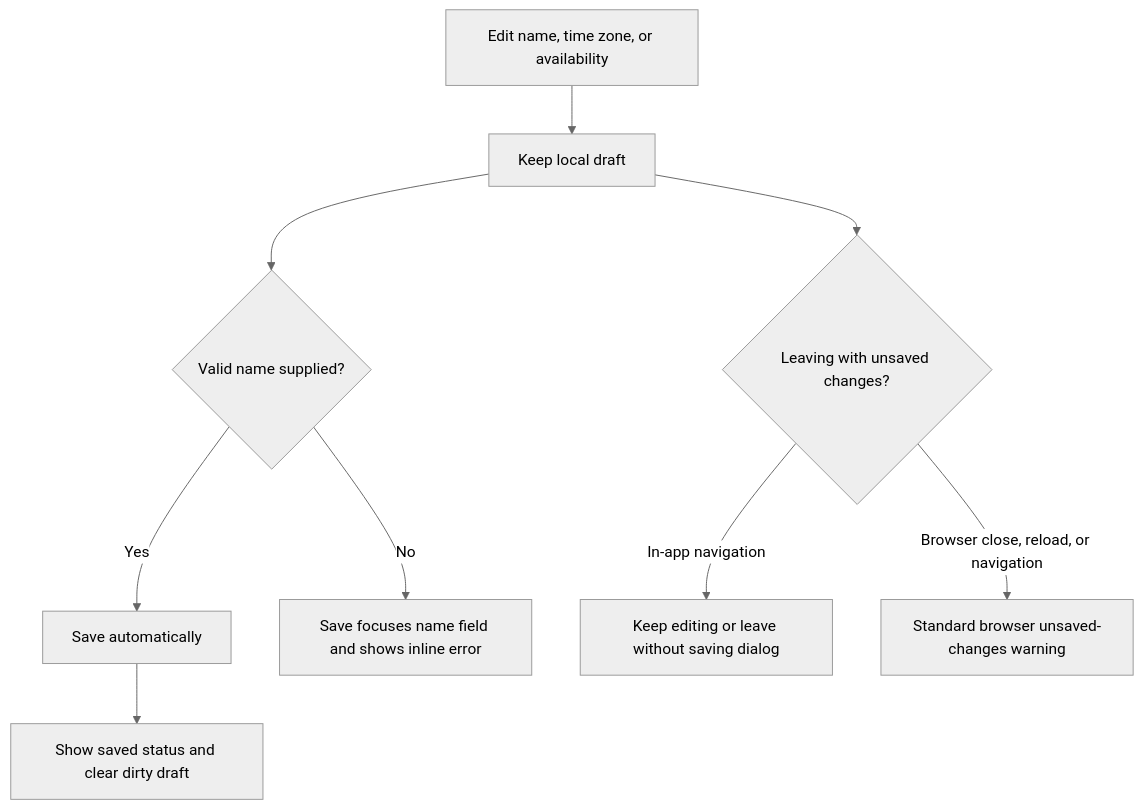
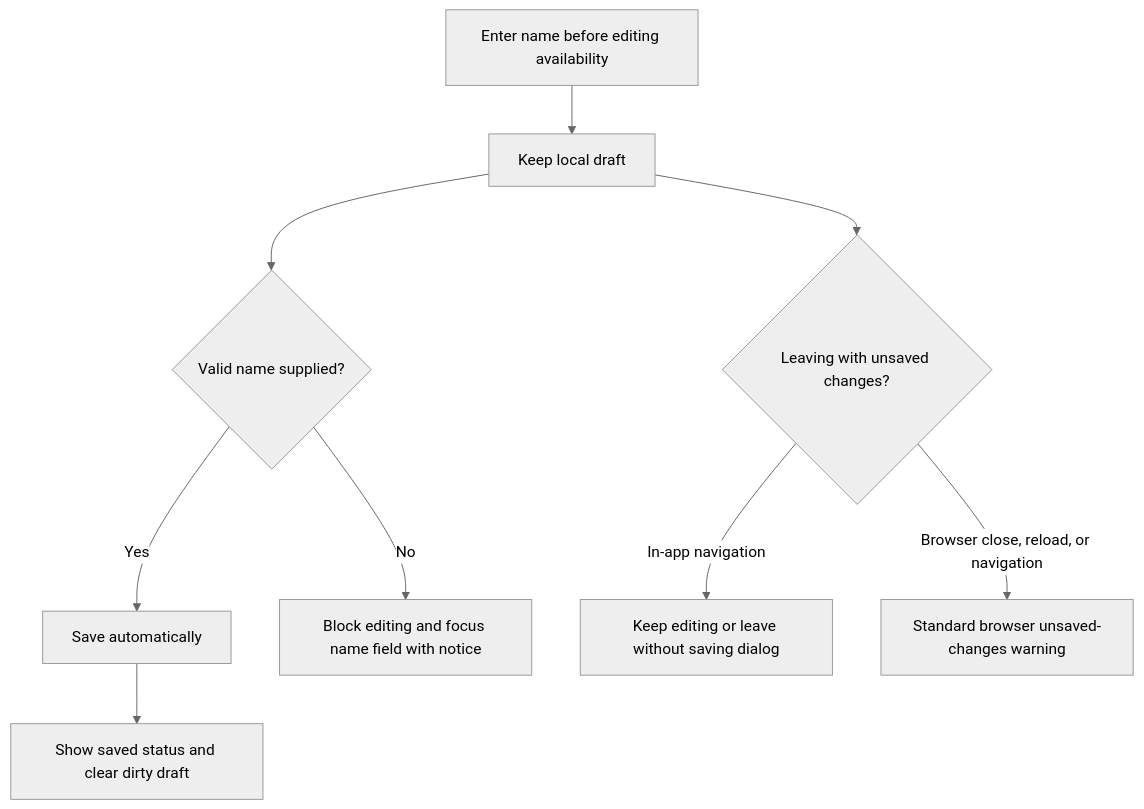
The fourth of 5 diagrams in docs/flowchart.md (jimmy181211/whenkin), drawn with Mermaid (neutral theme) before and after one commit. The commit also changed other lines of this file and 13 other files, not shown here.

First line of the commit message:
Require a name before editing and restore weekly time-zone selection

````diff
--- a/docs/flowchart.md
+++ b/docs/flowchart.md
@@ -66,11 +66,11 @@
 ```mermaid
 flowchart TD
-  A[Edit name, time zone, or availability] --> B[Keep local draft]
+  A[Enter name before editing availability] --> B[Keep local draft]
   B --> C{Valid name supplied?}
   C -->|Yes| D[Save automatically]
-  C -->|No| E[Save focuses name field and shows inline error]
+  C -->|No| E[Block editing and focus name field with notice]
   B --> F{Leaving with unsaved changes?}
   F -->|In-app navigation| G[Keep editing or leave without saving dialog]
   F -->|Browser close, reload, or navigation| H[Standard browser unsaved-changes warning]
   D --> I[Show saved status and clear dirty draft]
 ```
````
